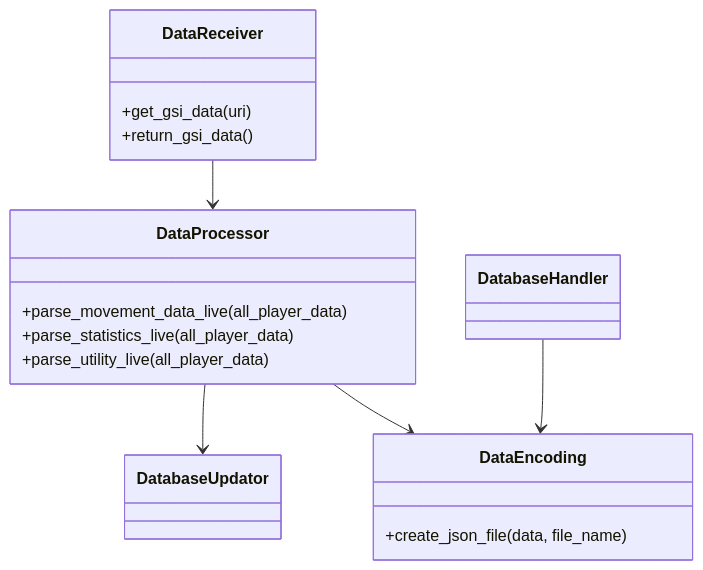
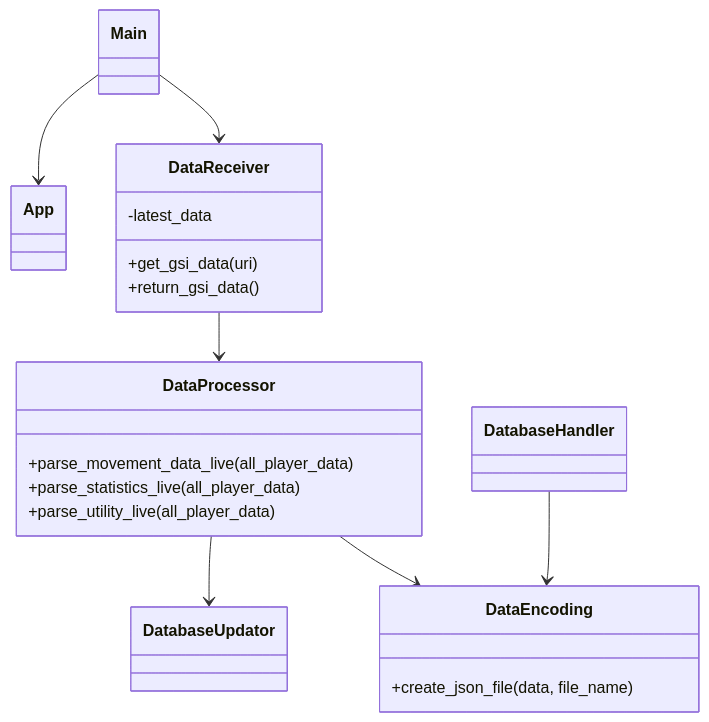
Before and after one commit to NikiPOU/elisaohtuprojekti: the diagram in docs/class_diagram.md, drawn with Mermaid.

````diff
--- a/docs/class_diagram.md
+++ b/docs/class_diagram.md
@@ -1,23 +1,30 @@
 ```mermaid
 classDiagram
+    class Main
+
+    class App
+
     class DataReceiver
+    DataReceiver : -latest_data
     DataReceiver : +get_gsi_data(uri)
     DataReceiver : +return_gsi_data()
 
     class DataProcessor
     DataProcessor : +parse_movement_data_live(all_player_data)
     DataProcessor : +parse_statistics_live(all_player_data)
     DataProcessor : +parse_utility_live(all_player_data)
 
     class DatabaseUpdator
 
     class DatabaseHandler
 
     class DataEncoding
     DataEncoding : +create_json_file(data, file_name)
 
     DataReceiver --> DataProcessor
+    Main --> DataReceiver
+    Main --> App
     DataProcessor --> DataEncoding
     DataProcessor --> DatabaseUpdator
     DatabaseHandler --> DataEncoding
 ```
````
